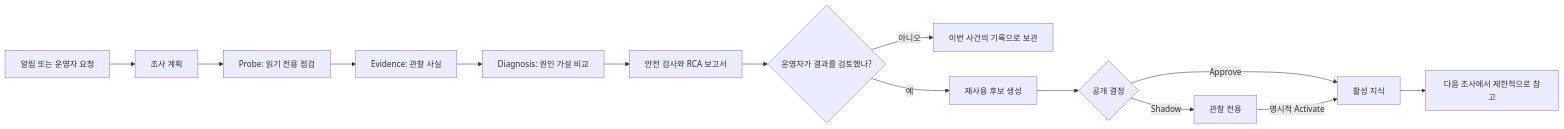
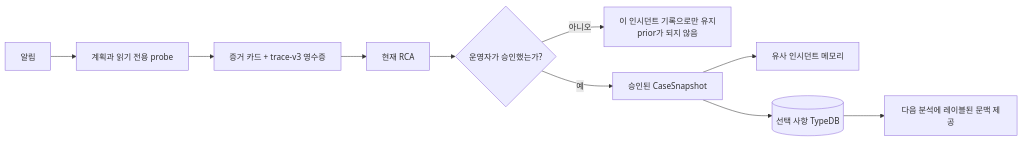
One commit to uclix-nvidia-sw/runaiRCA changed the first of 3 diagrams in docs/ko/LEARNING-AND-ONTOLOGY.md. Above: the diagram before and after it, drawn with Mermaid. The commit also changed other lines of this file and 5 other files, not shown here.

````diff
--- a/docs/ko/LEARNING-AND-ONTOLOGY.md
+++ b/docs/ko/LEARNING-AND-ONTOLOGY.md
@@ -20,16 +20,12 @@
 ```mermaid
 flowchart LR
-  A[알림 또는 운영자 요청] --> B[조사 계획]
-  B --> C[Probe: 읽기 전용 점검]
-  C --> D[Evidence: 관찰 사실]
-  D --> E[Diagnosis: 원인 가설 비교]
-  E --> F[안전 검사와 RCA 보고서]
-  F --> G{운영자가 결과를 검토했나?}
-  G -->|아니오| H[이번 사건의 기록으로 보관]
-  G -->|예| I[재사용 후보 생성]
-  I --> J{공개 결정}
-  J -->|Shadow| K[관찰 전용]
-  J -->|Approve| L[활성 지식]
-  K -->|명시적 Activate| L
-  L --> M[다음 조사에서 제한적으로 참고]
+  A[알림] --> P[계획과 읽기 전용 probe]
+  P --> E[증거 카드 + trace-v3 영수증]
+  E --> R[현재 RCA]
+  R --> O{운영자가 승인했는가?}
+  O -->|아니오| X[이 인시던트 기록으로만 유지\nprior가 되지 않음]
+  O -->|예| C[승인된 CaseSnapshot]
+  C --> M[유사 인시던트 메모리]
+  C --> T[(선택 사항 TypeDB)]
+  T --> Q[다음 분석에 레이블된 문맥 제공]
 ```
````
